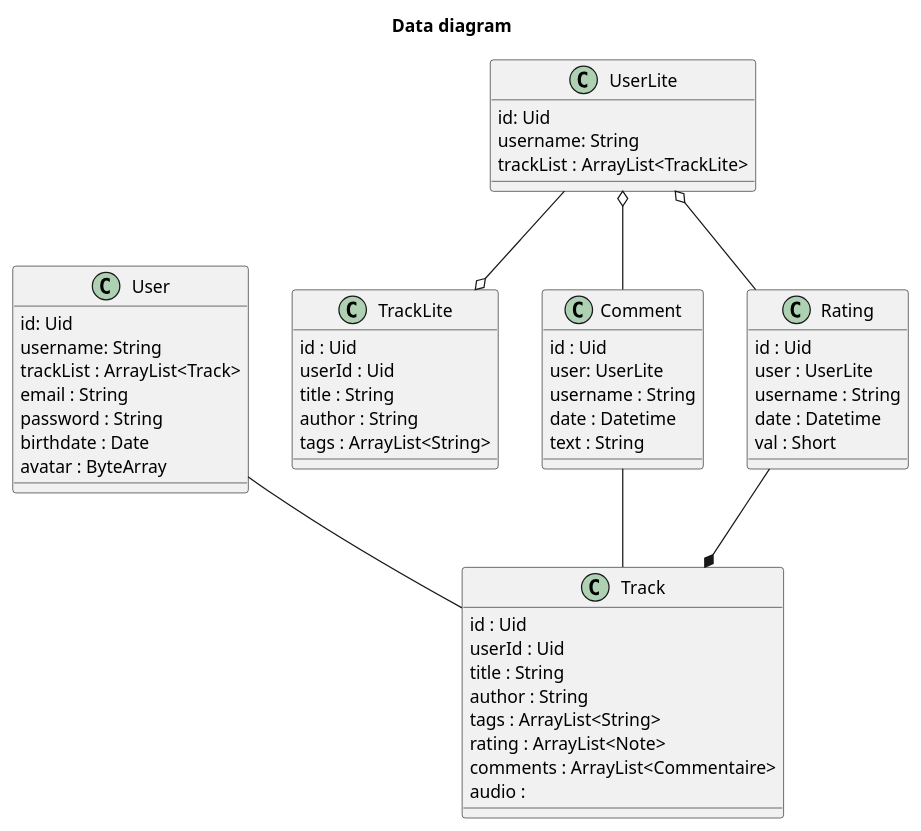
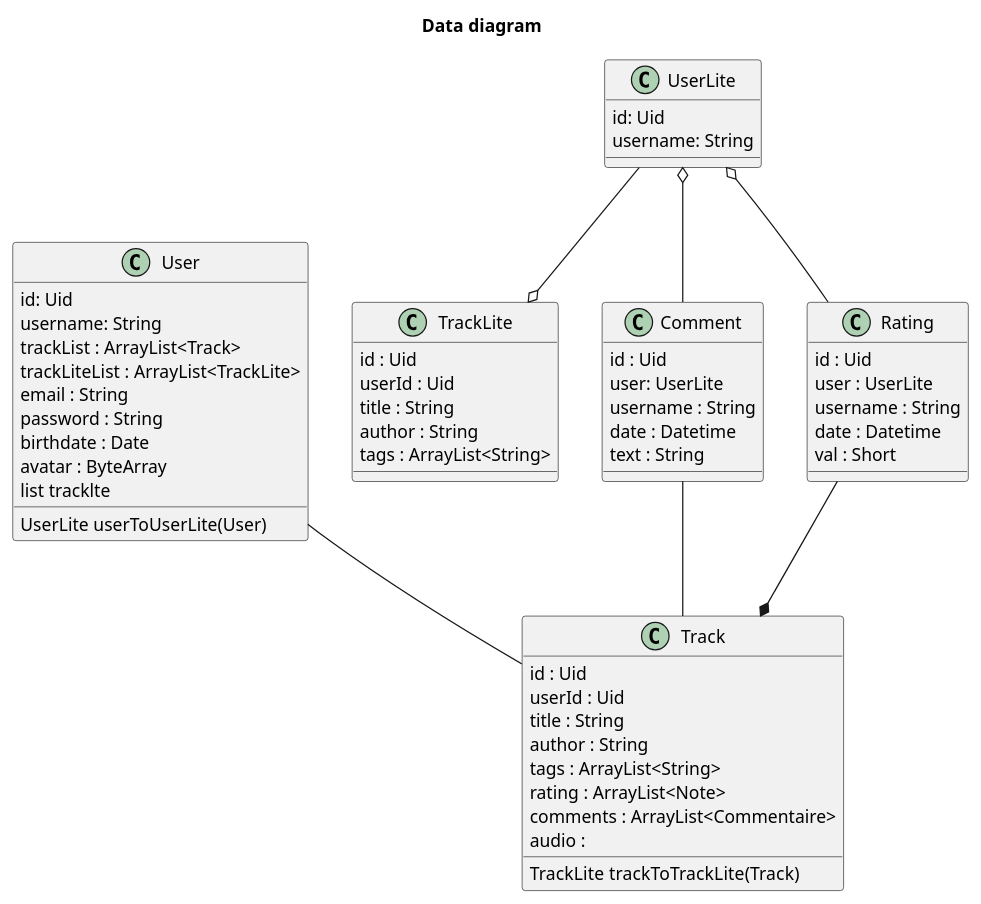
The diagram in data/data.puml (UTCAI12/Diagrams), drawn with PlantUML before and after one commit.

Commit message:
data diagram edits last vesion

```diff
--- a/data/data.puml
+++ b/data/data.puml
@@ -1,63 +1,65 @@
 @startuml Data diagram
 title Data diagram
 
     class User {
         id: Uid
         username: String
         trackList : ArrayList<Track>
+        trackLiteList : ArrayList<TrackLite>
         email : String
         password : String
         birthdate : Date
         avatar : ByteArray
+        list tracklte
+        UserLite userToUserLite(User)
     }
 
     class UserLite {
         id: Uid
         username: String
-        trackList : ArrayList<TrackLite>
     }
 
     class Track{
         id : Uid
         userId : Uid
         title : String
         author : String
         tags : ArrayList<String>
         rating : ArrayList<Note>
         comments : ArrayList<Commentaire>
         audio :
+        TrackLite trackToTrackLite(Track)
     }
 
     class TrackLite{
         id : Uid
         userId : Uid
         title : String
         author : String
         tags : ArrayList<String>
     }
 
-
     class Comment {
         id : Uid
         user: UserLite
         username : String
         date : Datetime
         text : String
     }
-
-    class Rating {
+    
+    class Rating{
         id : Uid
         user : UserLite
         username : String
         date : Datetime
         val : Short
     }
 
     User -- Track
     Comment -- Track
     Rating --* Track
     UserLite o-- Rating
     UserLite o-- Comment
     UserLite --o TrackLite
-
-@enduml 
+    
+@enduml
```
